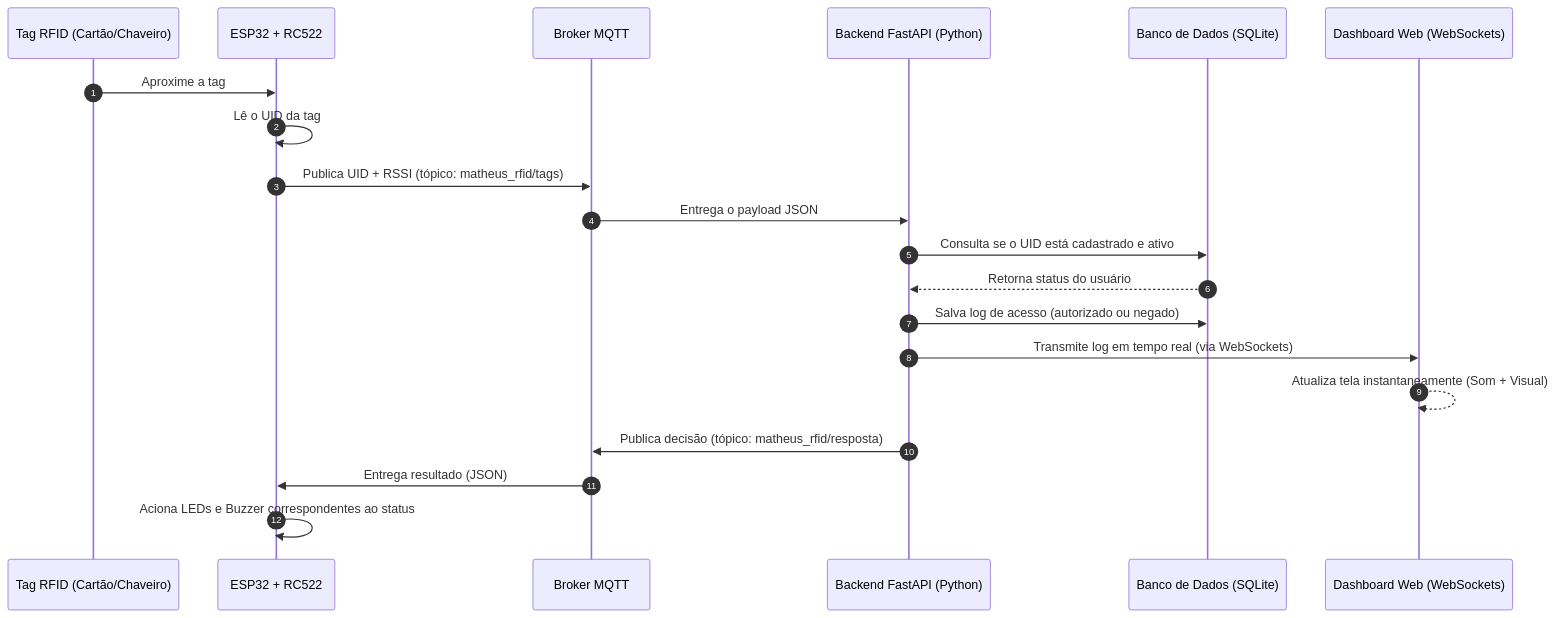
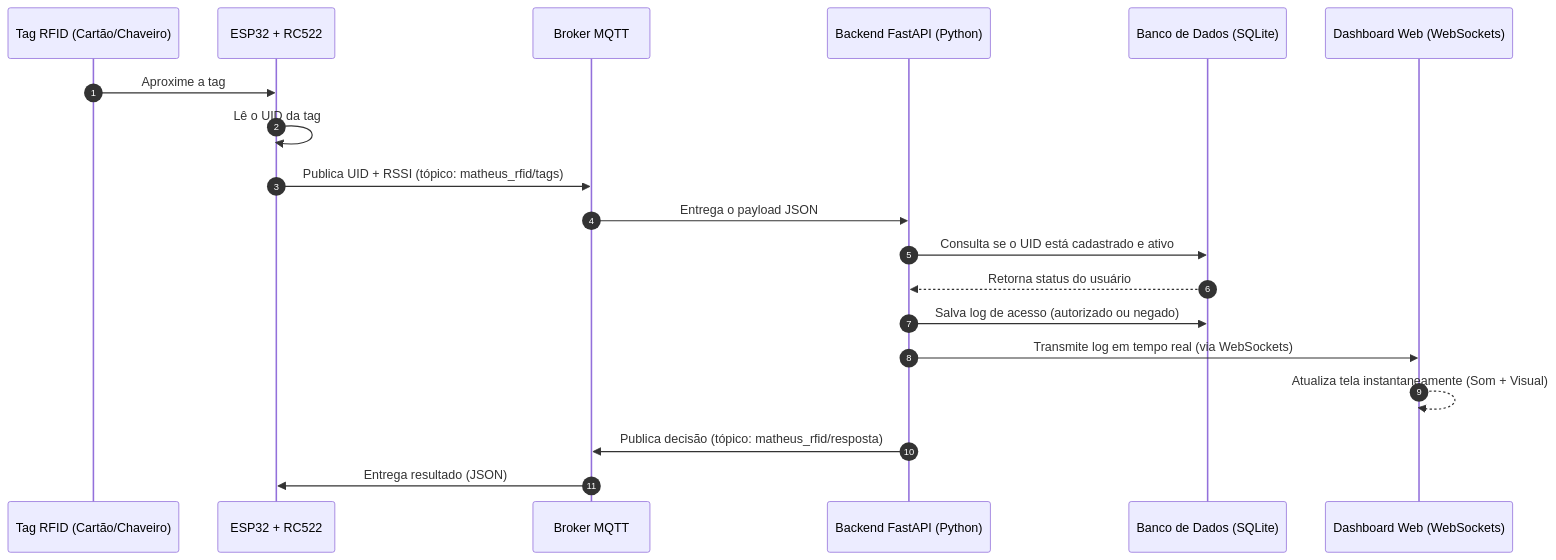
One commit to MatheusDums/RFID-ESP32-reader changed the diagram in DOCUMENTACAO.md. Above: the diagram before and after it, drawn with Mermaid. The commit also changed other lines of this file and 4 other files, not shown here.

````diff
--- a/DOCUMENTACAO.md
+++ b/DOCUMENTACAO.md
@@ -13,23 +13,22 @@
 ```mermaid
 sequenceDiagram
     autonumber
     participant TAG as Tag RFID (Cartão/Chaveiro)
     participant ESP as ESP32 + RC522
     participant Broker as Broker MQTT
     participant API as Backend FastAPI (Python)
     participant DB as Banco de Dados (SQLite)
     participant Dash as Dashboard Web (WebSockets)
 
     TAG->>ESP: Aproxime a tag
     ESP->>ESP: Lê o UID da tag
     ESP->>Broker: Publica UID + RSSI (tópico: matheus_rfid/tags)
     Broker->>API: Entrega o payload JSON
     API->>DB: Consulta se o UID está cadastrado e ativo
     DB-->>API: Retorna status do usuário
     API->>DB: Salva log de acesso (autorizado ou negado)
     API->>Dash: Transmite log em tempo real (via WebSockets)
     Dash-->>Dash: Atualiza tela instantaneamente (Som + Visual)
     API->>Broker: Publica decisão (tópico: matheus_rfid/resposta)
     Broker->>ESP: Entrega resultado (JSON)
-    ESP->>ESP: Aciona LEDs e Buzzer correspondentes ao status
 ```
````
